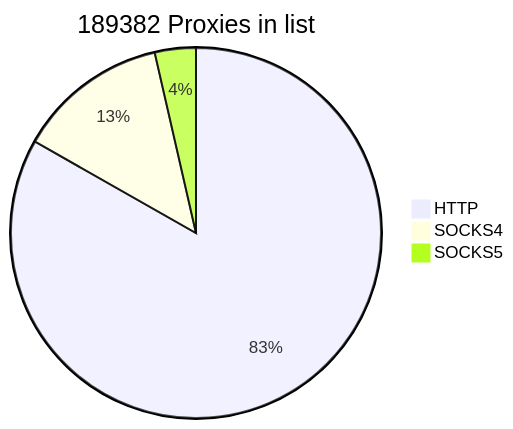
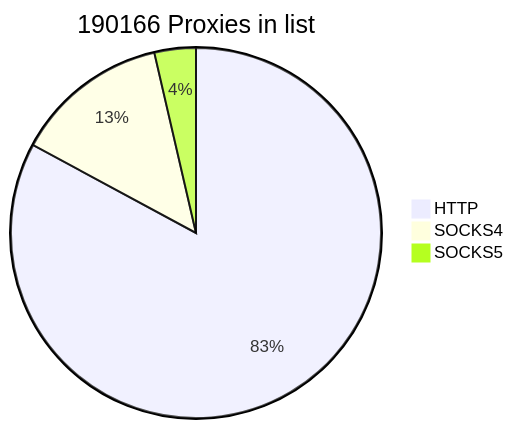
Before and after one commit to cutipu/proxylist: the first of 2 diagrams in README.md, drawn with Mermaid. The commit also changed other lines of this file, not shown here.

````diff
--- a/README.md
+++ b/README.md
@@ -2,7 +2,7 @@
 ```mermaid
-pie title 189382 Proxies in list
-    "HTTP" : 157597
-    "SOCKS4" : 25001
-    "SOCKS5" : 6784
+pie title 190166 Proxies in list
+    "HTTP" : 157620
+    "SOCKS4" : 25669
+    "SOCKS5" : 6877
             
 ```
````
